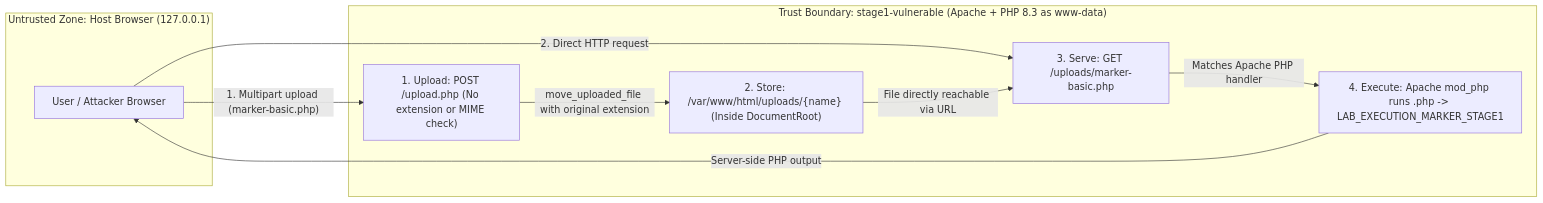
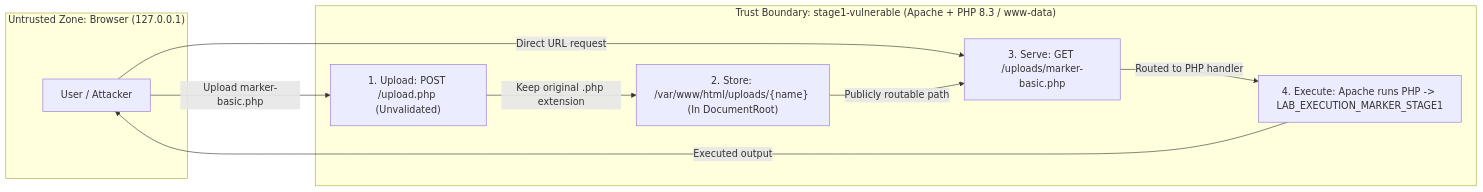
Before and after one commit to sunak-tech/upload-to-execution-lab: the first of 3 diagrams in labs/01-php-upload-defense/README.en.md, drawn with Mermaid. The commit also changed other lines of this file and 38 other files, not shown here.

````diff
--- a/labs/01-php-upload-defense/README.en.md
+++ b/labs/01-php-upload-defense/README.en.md
@@ -91,20 +56,20 @@
 ```mermaid
 flowchart LR
-    subgraph ClientZone["Untrusted Zone: Host Browser (127.0.0.1)"]
-        U1["User / Attacker Browser"]
+    subgraph Client1["Untrusted Zone: Browser (127.0.0.1)"]
+        U1["User / Attacker"]
     end
 
-    subgraph ContainerS1["Trust Boundary: stage1-vulnerable (Apache + PHP 8.3 as www-data)"]
-        UP1["1. Upload: POST /upload.php (No extension or MIME check)"]
-        ST1["2. Store: /var/www/html/uploads/{name} (Inside DocumentRoot)"]
+    subgraph Server1["Trust Boundary: stage1-vulnerable (Apache + PHP 8.3 / www-data)"]
+        UP1["1. Upload: POST /upload.php (Unvalidated)"]
+        ST1["2. Store: /var/www/html/uploads/{name} (In DocumentRoot)"]
         SV1["3. Serve: GET /uploads/marker-basic.php"]
-        EX1["4. Execute: Apache mod_php runs .php -> LAB_EXECUTION_MARKER_STAGE1"]
+        EX1["4. Execute: Apache runs PHP -> LAB_EXECUTION_MARKER_STAGE1"]
     end
 
-    U1 -->|"1. Multipart upload (marker-basic.php)"| UP1
-    UP1 -->|"move_uploaded_file with original extension"| ST1
-    U1 -->|"2. Direct HTTP request"| SV1
-    ST1 -->|"File directly reachable via URL"| SV1
-    SV1 -->|"Matches Apache PHP handler"| EX1
-    EX1 -->|"Server-side PHP output"| U1
+    U1 -->|"Upload marker-basic.php"| UP1
+    UP1 -->|"Keep original .php extension"| ST1
+    U1 -->|"Direct URL request"| SV1
+    ST1 -->|"Publicly routable path"| SV1
+    SV1 -->|"Routed to PHP handler"| EX1
+    EX1 -->|"Executed output"| U1
 ```
````
